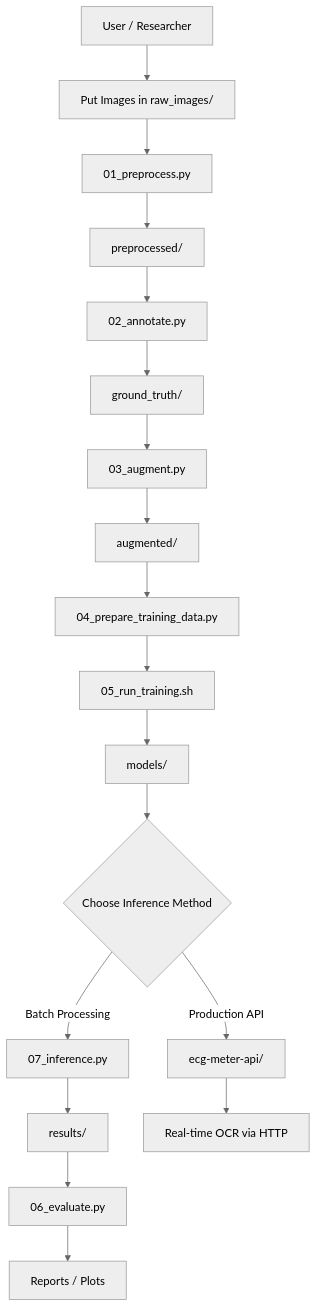
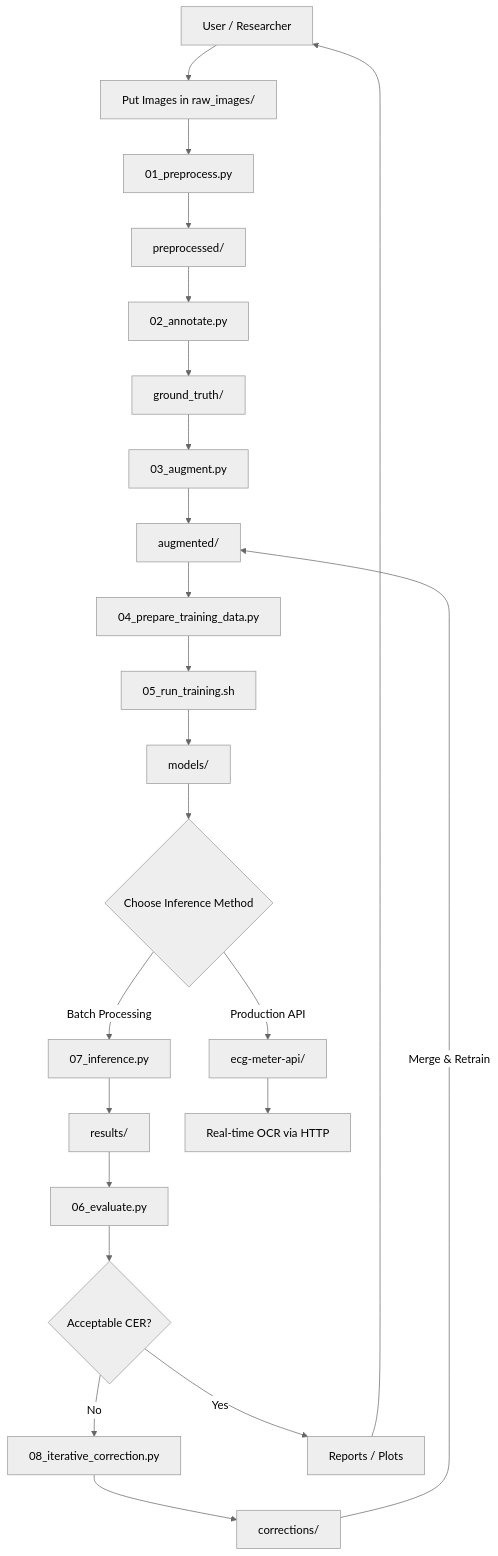
The diagram in README.md (purplegeminii/ECG_OCR), drawn with Mermaid (neutral theme) before and after one commit. The commit also changed other lines of this file and 8 other files, not shown here.

First line of the commit message:
Add iterative correction workflow and docs

````diff
--- a/README.md
+++ b/README.md
@@ -283,29 +362,36 @@
 ```mermaid
 flowchart TD
     U[User / Researcher]
 
     U --> A[Put Images in raw_images/]
     A --> B[01_preprocess.py]
     B --> C[preprocessed/]
 
     C --> D[02_annotate.py]
     D --> E[ground_truth/]
 
     E --> F[03_augment.py]
     F --> G[augmented/]
 
     G --> H[04_prepare_training_data.py]
 
     H --> I[05_run_training.sh]
     I --> J[models/]
 
     J --> K{Choose Inference Method}
     K -->|Batch Processing| L[07_inference.py]
     K -->|Production API| M[ecg-meter-api/]
     
     L --> N[results/]
     M --> O[Real-time OCR via HTTP]
 
     N --> P[06_evaluate.py]
-    P --> Q[Reports / Plots]
+    P --> Q{Acceptable CER?}
+    
+    Q -->|No| R[08_iterative_correction.py]
+    R --> S[corrections/]
+    S -->|Merge & Retrain| G
+    
+    Q -->|Yes| T[Reports / Plots]
+    T --> U
 ```
````
